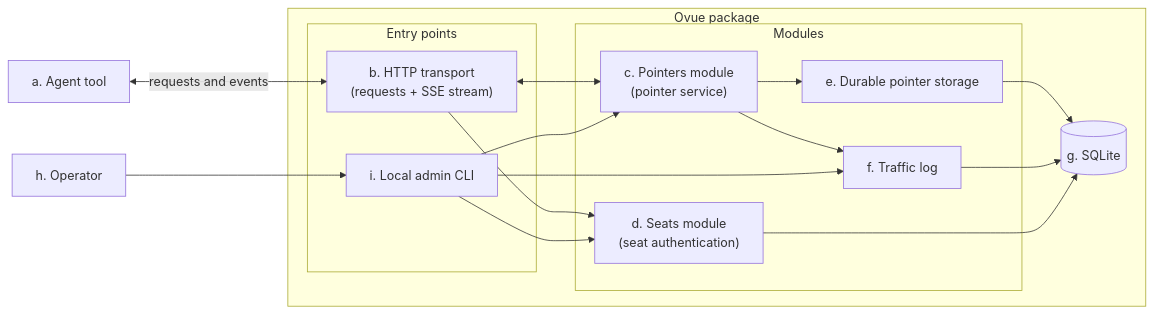
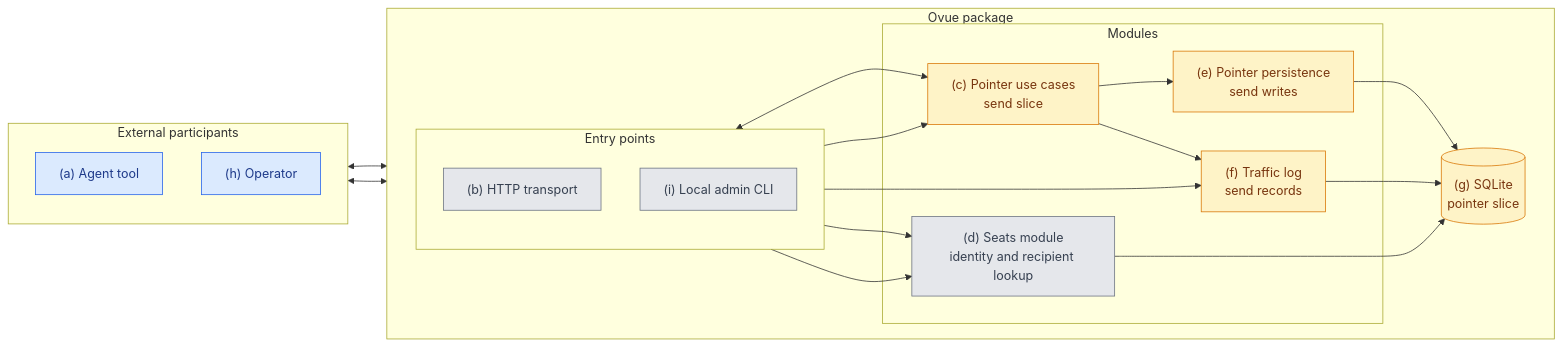
One commit to afroguy16/ovue changed the first of 2 diagrams in spec.md. Above: the diagram before and after it, drawn with Mermaid. The commit also changed other lines of this file, not shown here.

Commit message:
docs(spec): show module progress

````diff
--- a/spec.md
+++ b/spec.md
@@ -53,31 +53,46 @@
 ```mermaid
 flowchart LR
+    subgraph People[External participants]
+        direction TB
+        Agent["(a) Agent tool"]
+        Operator["(h) Operator"]
+    end
+
     subgraph Ovue["Ovue package"]
+        direction LR
         subgraph Entry["Entry points"]
-            HTTP["b. HTTP transport<br/>(requests + SSE stream)"]
-            Admin["i. Local admin CLI"]
+            direction TB
+            HTTP["(b) HTTP transport"]
+            Admin["(i) Local admin CLI"]
         end
 
         subgraph Modules["Modules"]
-            Pointer["c. Pointers module<br/>(pointer service)"]
-            Auth["d. Seats module<br/>(seat authentication)"]
-            Store["e. Durable pointer storage"]
-            Log["f. Traffic log"]
+            Pointer["(c) Pointer use cases<br/>send slice"]
+            Auth["(d) Seats module<br/>identity and recipient lookup"]
+            Store["(e) Pointer persistence<br/>send writes"]
+            Log["(f) Traffic log<br/>send records"]
             Pointer --> Store
             Pointer --> Log
         end
 
-        SQLite[("g. SQLite")]
+        SQLite[("(g) SQLite<br/>pointer slice")]
         Store --> SQLite
         Log --> SQLite
         Auth --> SQLite
     end
 
-    Agent["a. Agent tool"] <--> |requests and events| HTTP
-    Operator["h. Operator"] --> Admin
+    Agent <--> HTTP
+    Operator <--> Admin
     HTTP <--> Pointer
     HTTP --> Auth
     Admin --> Pointer
     Admin --> Auth
     Admin --> Log
+
+    classDef partial fill:#fef3c7,stroke:#d97706,color:#78350f;
+    classDef todo fill:#e5e7eb,stroke:#6b7280,color:#374151;
+    classDef external fill:#dbeafe,stroke:#2563eb,color:#1e3a8a;
+    class Pointer,Store,Log,SQLite partial;
+    class HTTP,Admin,Auth todo;
+    class Agent,Operator external;
 ```
````
